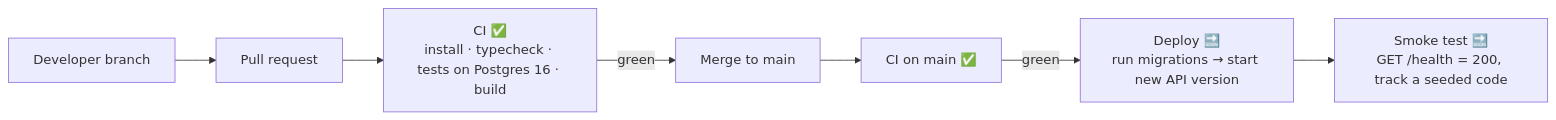
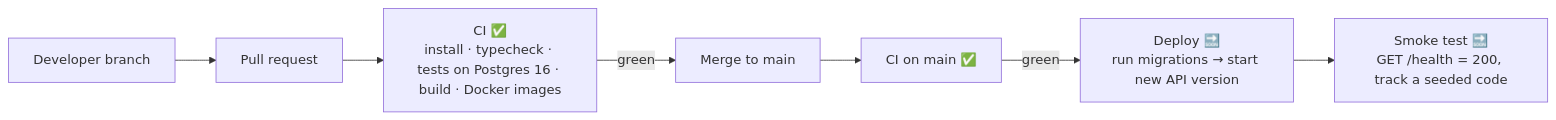
Diagram 12 of 12 in docs/architecture.md (darshanbajgain/sewa-track), drawn with Mermaid before and after one commit. The commit also changed other lines of this file and 2 other files, not shown here.

Commit message:
docs: deployment guide (images, release step, settings, client IPs)

````diff
--- a/docs/architecture.md
+++ b/docs/architecture.md
@@ -443,9 +443,9 @@
 ```mermaid
 flowchart LR
   dev["Developer branch"] --> pr["Pull request"]
-  pr --> ci["CI ✅<br/>install · typecheck · tests on Postgres 16 · build"]
+  pr --> ci["CI ✅<br/>install · typecheck · tests on Postgres 16 · build · Docker images"]
   ci -- "green" --> merge["Merge to main"]
   merge --> ci2["CI on main ✅"]
   ci2 -- "green" --> deploy["Deploy 🔜<br/>run migrations → start new API version"]
   deploy --> smoke["Smoke test 🔜<br/>GET /health = 200, track a seeded code"]
 ```
````
